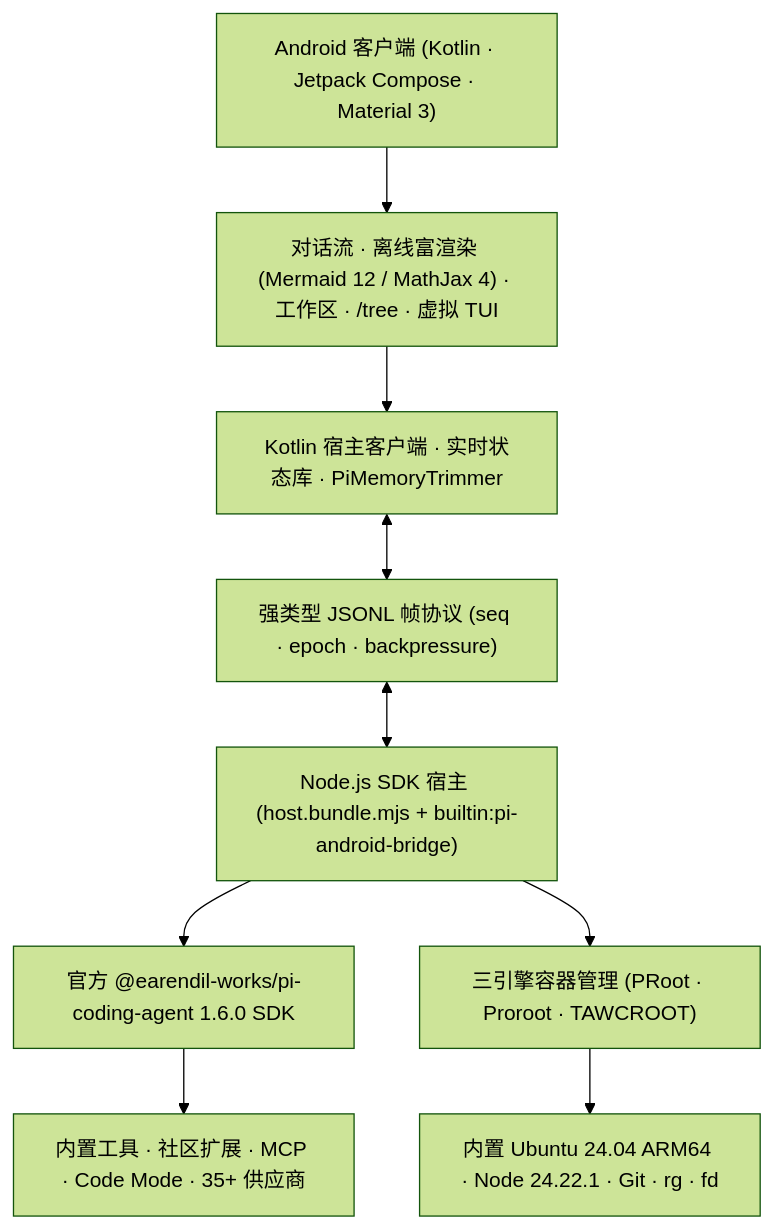
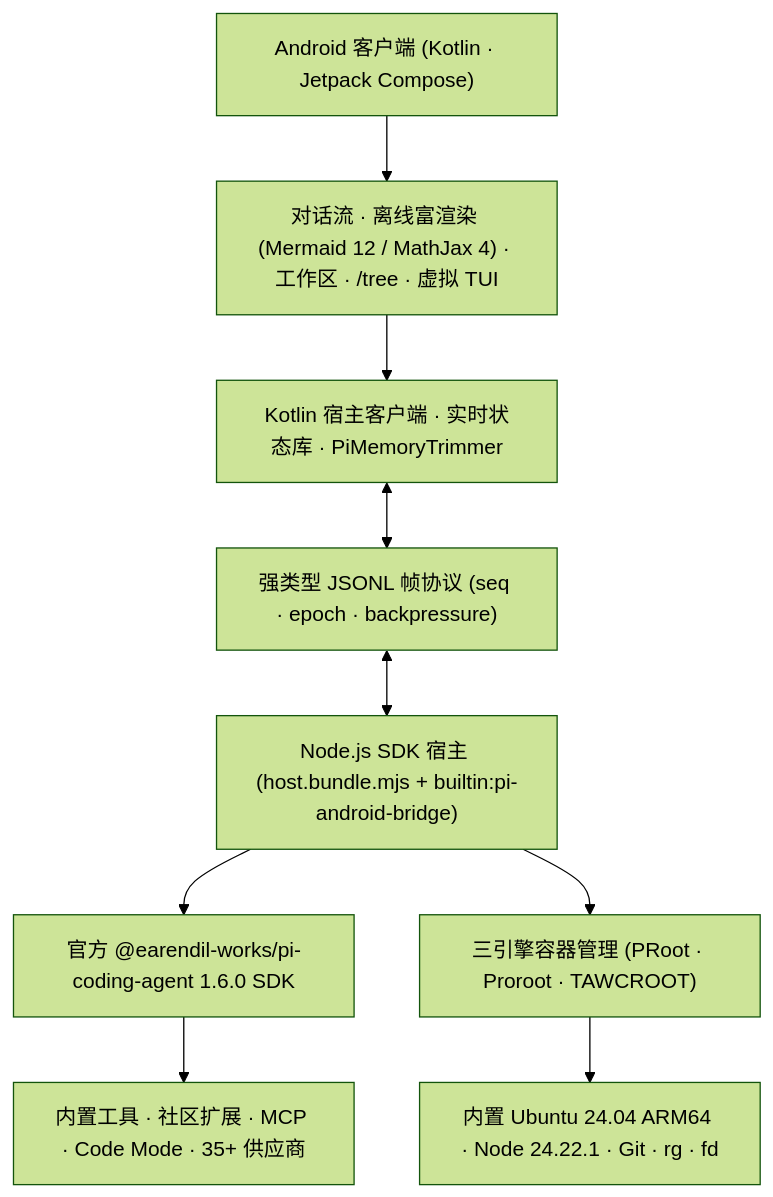
One commit to heikeyangle-code/pi-android changed the diagram in README.zh-CN.md. Above: the diagram before and after it, drawn with Mermaid (forest theme). The commit also changed other lines of this file and 22 other files, not shown here.

````diff
--- a/README.zh-CN.md
+++ b/README.zh-CN.md
@@ -138,20 +142,21 @@
 ```mermaid
 flowchart TB
-    A["Android 客户端 (Kotlin · Jetpack Compose · Material 3)"]
+    A["Android 客户端 (Kotlin · Jetpack Compose)"]
     B["对话流 · 离线富渲染 (Mermaid 12 / MathJax 4) · 工作区 · /tree · 虚拟 TUI"]
     C["Kotlin 宿主客户端 · 实时状态库 · PiMemoryTrimmer"]
     D["强类型 JSONL 帧协议 (seq · epoch · backpressure)"]
     E["Node.js SDK 宿主 (host.bundle.mjs + builtin:pi-android-bridge)"]
     F["官方 @earendil-works/pi-coding-agent 1.6.0 SDK"]
     G["内置工具 · 社区扩展 · MCP · Code Mode · 35+ 供应商"]
     H["三引擎容器管理 (PRoot · Proroot · TAWCROOT)"]
     L["内置 Ubuntu 24.04 ARM64 · Node 24.22.1 · Git · rg · fd"]
+
     A --> B
     B --> C
     C <--> D
     D <--> E
     E --> F
     F --> G
     E --> H
     H --> L
 ```
````
